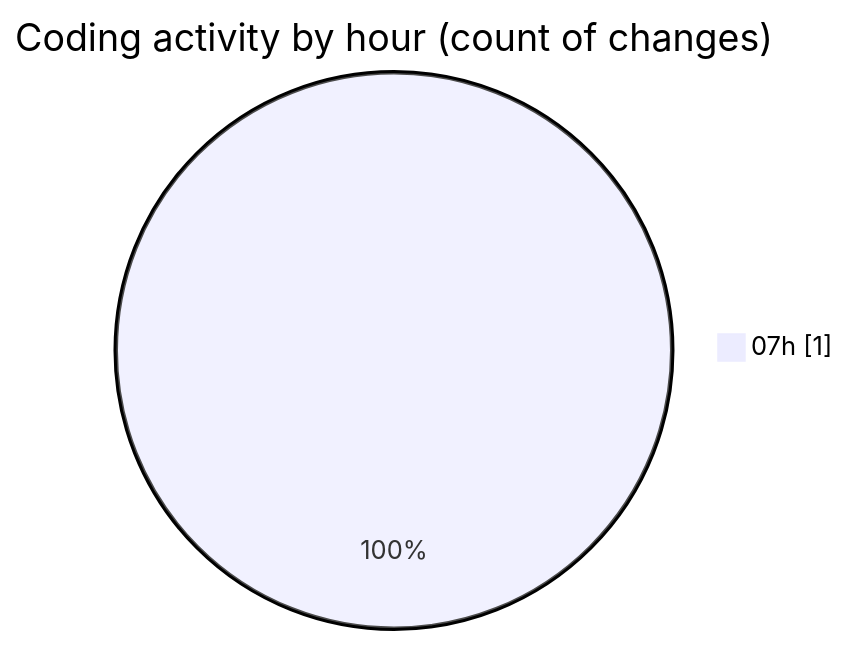
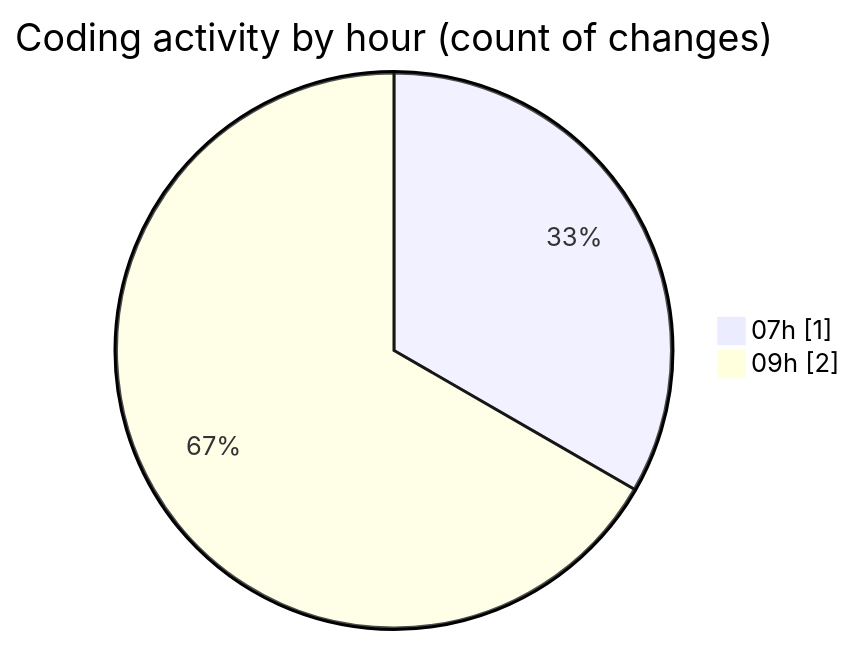
One commit to LanceThiago/code-tracking changed the second of 2 diagrams in 2025-11-04/oficina/README.md. Above: the diagram before and after it, drawn with Mermaid. The commit also changed other lines of this file and 1 other file, not shown here.

````diff
--- a/2025-11-04/oficina/README.md
+++ b/2025-11-04/oficina/README.md
@@ -28,5 +29,6 @@
 ```mermaid
 pie showData
 title Coding activity by hour (count of changes)
 "07h" : 1
+"09h" : 2
 ```
````
